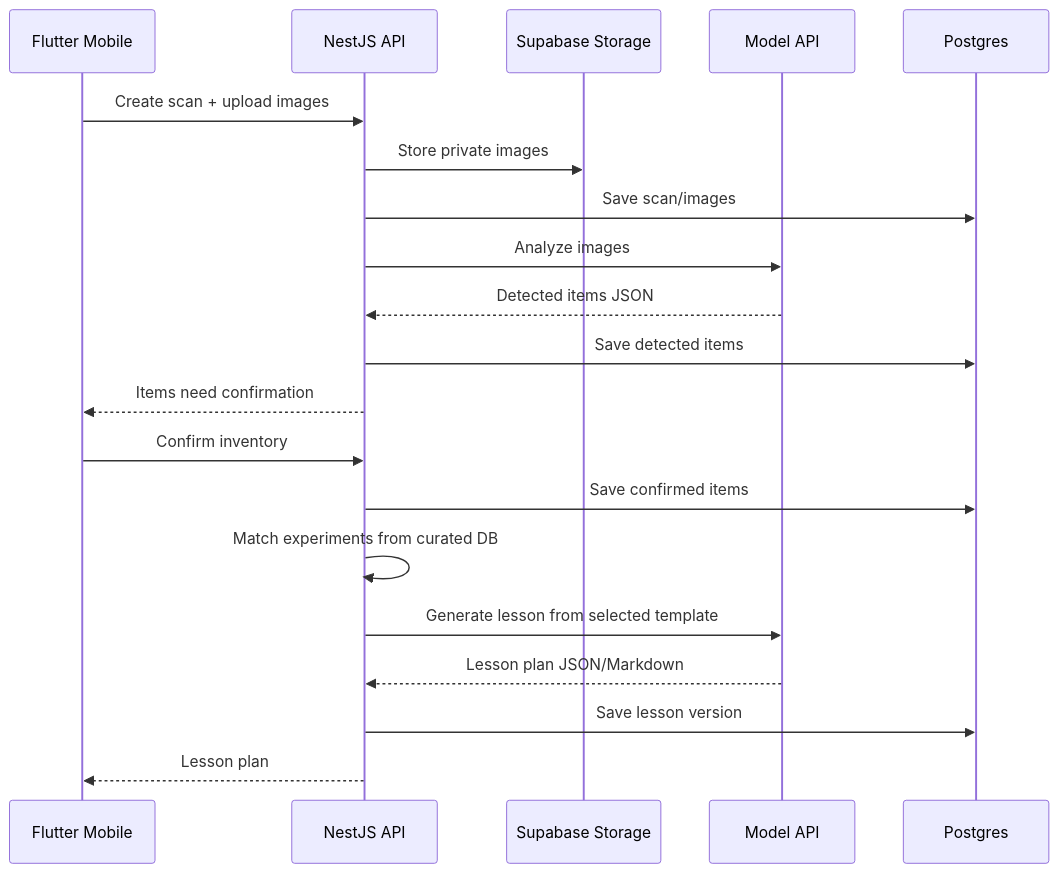
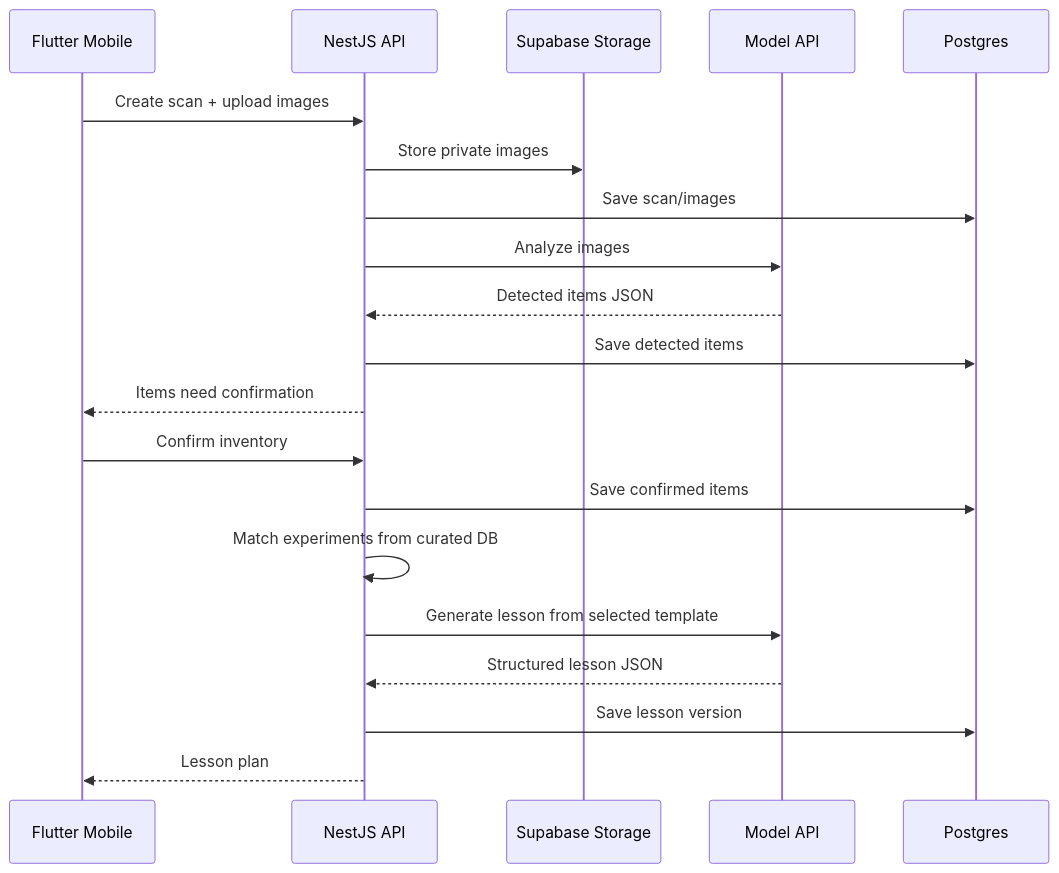
One commit to SunnyYeahBoiii/macgyver-classroom changed the second of 2 diagrams in docs/macgyver-classroom-system-design.md. Above: the diagram before and after it, drawn with Mermaid. The commit also changed other lines of this file and 3 other files, not shown here.

````diff
--- a/docs/macgyver-classroom-system-design.md
+++ b/docs/macgyver-classroom-system-design.md
@@ -275,23 +275,23 @@
 ```mermaid
 sequenceDiagram
   participant M as Flutter Mobile
   participant A as NestJS API
   participant S as Supabase Storage
   participant AI as Model API
   participant DB as Postgres
 
   M->>A: Create scan + upload images
   A->>S: Store private images
   A->>DB: Save scan/images
   A->>AI: Analyze images
   AI-->>A: Detected items JSON
   A->>DB: Save detected items
   A-->>M: Items need confirmation
   M->>A: Confirm inventory
   A->>DB: Save confirmed items
   A->>A: Match experiments from curated DB
   A->>AI: Generate lesson from selected template
-  AI-->>A: Lesson plan JSON/Markdown
+  AI-->>A: Structured lesson JSON
   A->>DB: Save lesson version
   A-->>M: Lesson plan
 ```
````
